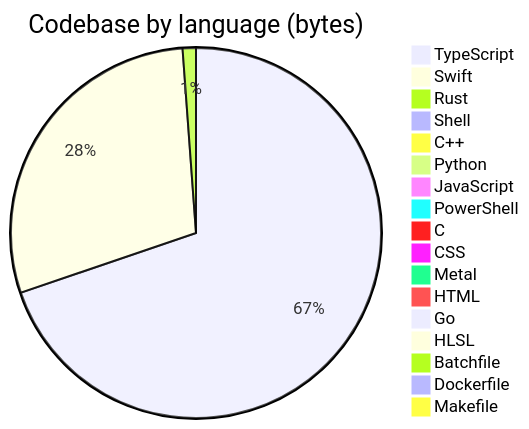
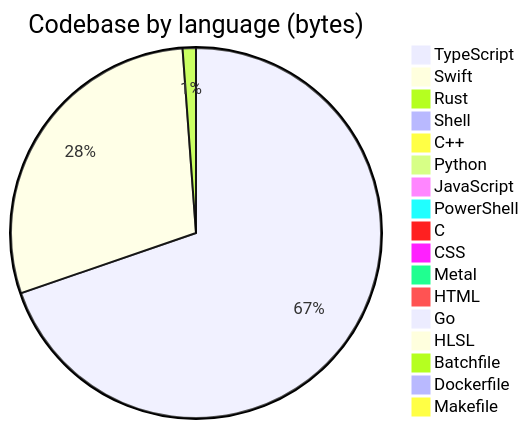
Before and after one commit to Open330/.github: the diagram in profile/README.md, drawn with Mermaid. The commit also changed other lines of this file, not shown here.

````diff
--- a/profile/README.md
+++ b/profile/README.md
@@ -125,20 +125,20 @@
 ```mermaid
 pie title Codebase by language (bytes)
-    "TypeScript" : 33929646
-    "Swift" : 14130794
+    "TypeScript" : 33935777
+    "Swift" : 14166991
     "Rust" : 564235
     "Shell" : 443039
     "C++" : 388775
     "Python" : 294503
     "JavaScript" : 202082
     "PowerShell" : 128198
     "C" : 114143
-    "CSS" : 75566
+    "CSS" : 77784
     "Metal" : 33033
     "HTML" : 31957
     "Go" : 22811
     "HLSL" : 7527
     "Batchfile" : 5870
     "Dockerfile" : 4893
     "Makefile" : 1150
 ```
````
